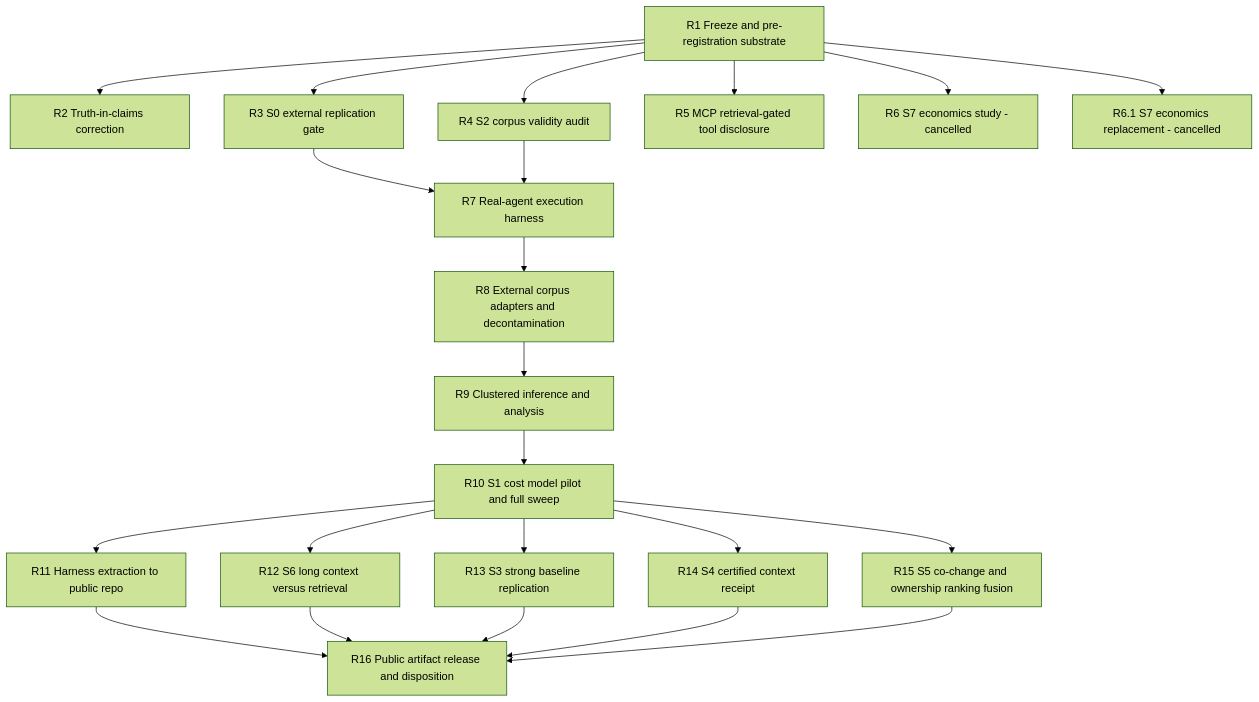
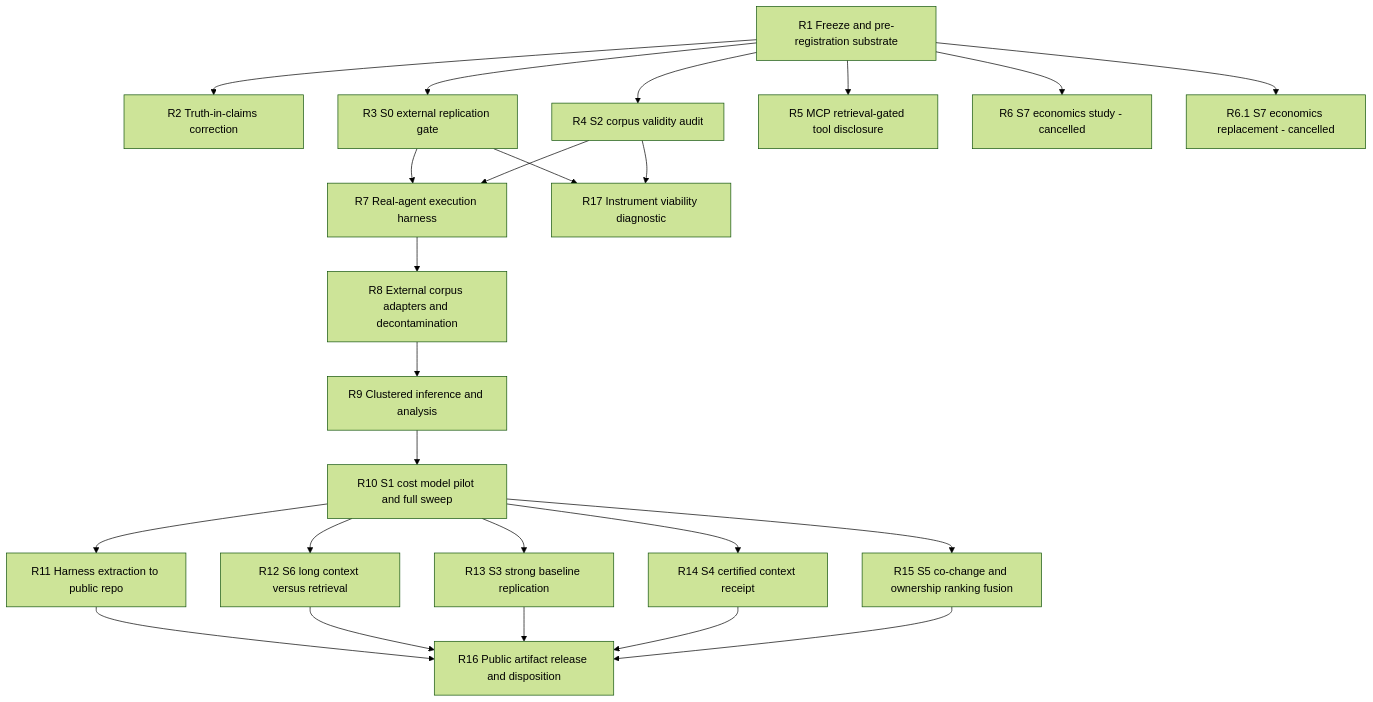
One commit to Mathews-Tom/archex changed the first of 3 diagrams in .docs/DEVELOPMENT_PLAN.md. Above: the diagram before and after it, drawn with Mermaid (forest theme). The commit also changed other lines of this file and 1 other file, not shown here.

First line of the commit message:
docs(plan): reconcile R17 instrument viability design

````diff
--- a/.docs/DEVELOPMENT_PLAN.md
+++ b/.docs/DEVELOPMENT_PLAN.md
@@ -40,42 +41,45 @@
 ```mermaid
 graph TD
   R1[R1 Freeze and pre-registration substrate]
   R2[R2 Truth-in-claims correction]
   R3[R3 S0 external replication gate]
   R4[R4 S2 corpus validity audit]
   R5[R5 MCP retrieval-gated tool disclosure]
   R6[R6 S7 economics study - cancelled]
   R61[R6.1 S7 economics replacement - cancelled]
   R7[R7 Real-agent execution harness]
   R8[R8 External corpus adapters and decontamination]
   R9[R9 Clustered inference and analysis]
   R10[R10 S1 cost model pilot and full sweep]
   R11[R11 Harness extraction to public repo]
   R12[R12 S6 long context versus retrieval]
   R13[R13 S3 strong baseline replication]
   R14[R14 S4 certified context receipt]
   R15[R15 S5 co-change and ownership ranking fusion]
   R16[R16 Public artifact release and disposition]
+  R17[R17 Instrument viability diagnostic]
 
   R1 --> R2
   R1 --> R3
   R1 --> R4
   R1 --> R5
   R1 --> R6
   R1 --> R61
   R3 --> R7
   R4 --> R7
   R7 --> R8
   R8 --> R9
   R9 --> R10
   R10 --> R11
   R10 --> R12
   R10 --> R13
   R10 --> R14
   R10 --> R15
   R11 --> R16
   R12 --> R16
   R13 --> R16
   R14 --> R16
   R15 --> R16
+  R3 --> R17
+  R4 --> R17
 ```
````
